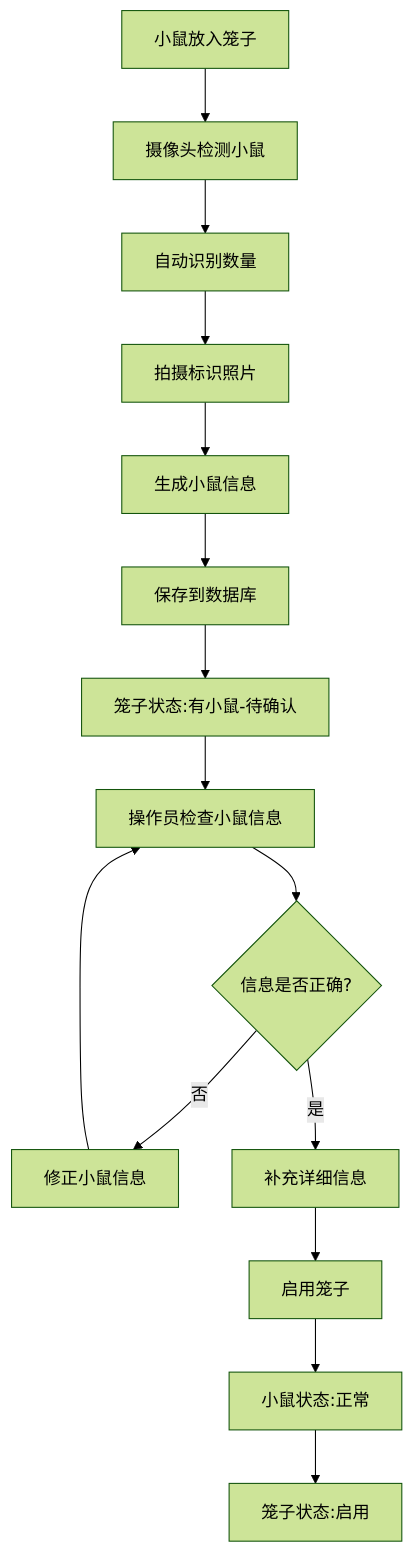
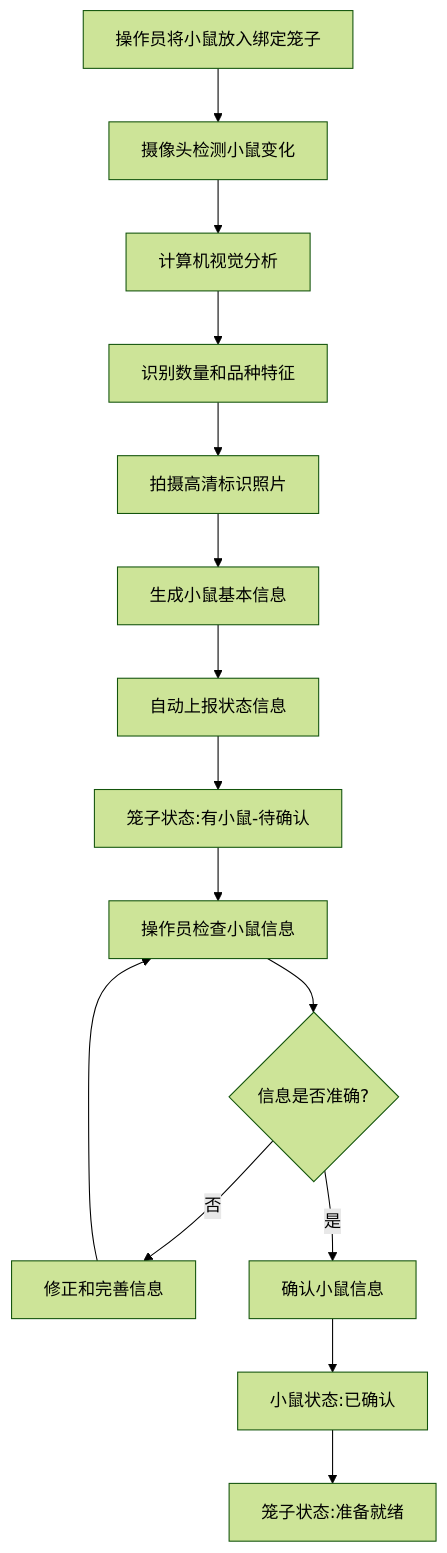
Before and after one commit to bingjiaxuezi/mouse: the second of 6 diagrams in docs/计算机视觉小鼠管理系统/业务流程指南.md, drawn with Mermaid (forest theme). The commit also changed other lines of this file and 11 other files, not shown here.

````diff
--- a/docs/计算机视觉小鼠管理系统/业务流程指南.md
+++ b/docs/计算机视觉小鼠管理系统/业务流程指南.md
@@ -164,17 +232,17 @@
 ```mermaid
 flowchart TD
-    A[小鼠放入笼子] --> B[摄像头检测小鼠]
-    B --> C[自动识别数量]
-    C --> D[拍摄标识照片]
-    D --> E[生成小鼠信息]
-    E --> F[保存到数据库]
-    F --> G[笼子状态:有小鼠-待确认]
-    G --> H[操作员检查小鼠信息]
-    H --> I{信息是否正确?}
-    I -->|否| J[修正小鼠信息]
-    J --> H
-    I -->|是| K[补充详细信息]
-    K --> L[启用笼子]
-    L --> M[小鼠状态:正常]
-    M --> N[笼子状态:启用]
+    A[操作员将小鼠放入绑定笼子] --> B[摄像头检测小鼠变化]
+    B --> C[计算机视觉分析]
+    C --> D[识别数量和品种特征]
+    D --> E[拍摄高清标识照片]
+    E --> F[生成小鼠基本信息]
+    F --> G[自动上报状态信息]
+    G --> H[笼子状态:有小鼠-待确认]
+    H --> I[操作员检查小鼠信息]
+    I --> J{信息是否准确?}
+    J -->|否| K[修正和完善信息]
+    K --> I
+    J -->|是| L[确认小鼠信息]
+    L --> M[小鼠状态:已确认]
+    M --> N[笼子状态:准备就绪]
 ```
````
